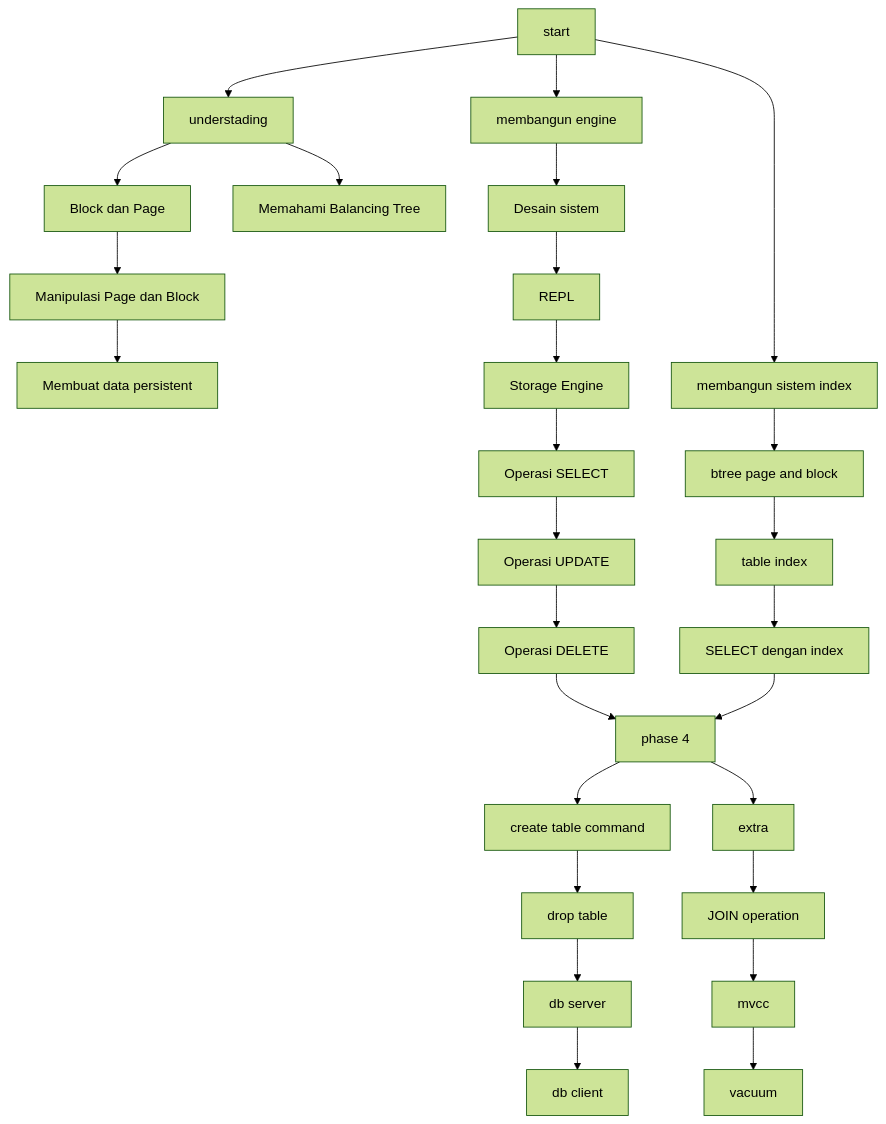
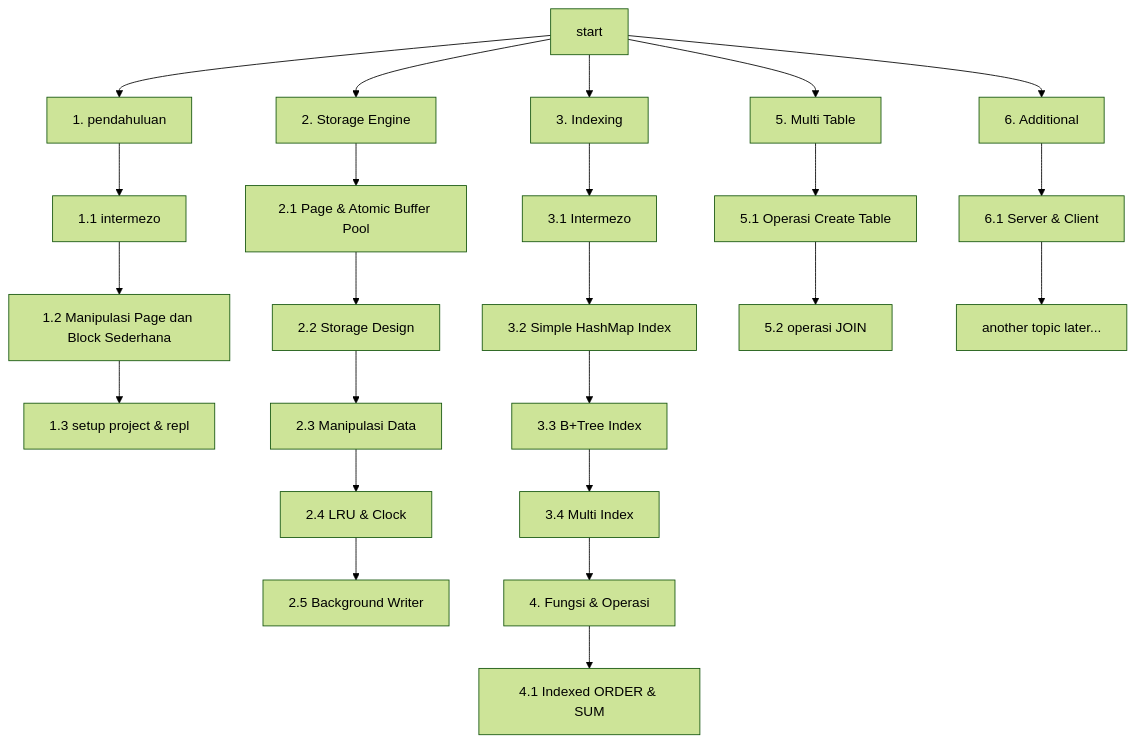
The diagram in series/build-database-engine/intro.md (alfiankan/rebuild-and-learn-blog), drawn with Mermaid (forest theme) before and after one commit. The commit also changed other lines of this file and 4 other files, not shown here.

Commit message:
fix(roadmap-db): restructuring roadmap

````diff
--- a/series/build-database-engine/intro.md
+++ b/series/build-database-engine/intro.md
@@ -22,26 +22,29 @@
 ```mermaid
 
 graph TD
 start[start]
 
-phase1[understading] --> p1a[Block dan Page] --> p1b[Manipulasi Page dan Block] --> p1c[Membuat data persistent]
-phase1[understading] --> p1d[Memahami Balancing Tree]
+p1[1. pendahuluan] --> int[1.1 intermezo] --> p1b[1.2 Manipulasi Page dan Block Sederhana] --> p1c[1.3 setup project & repl]
 
-phase2[membangun engine] --> p2a[Desain sistem] --> p2b[REPL] --> p2c[Storage Engine] --> p2d[Operasi SELECT] --> p2e[Operasi UPDATE] --> p2f[Operasi DELETE]
-
-phase3[membangun sistem index] --> p3a[btree page and block] --> p3b[table index] --> p3c[SELECT dengan index]
-
-phase4[phase 4] --> p4a[create table command] --> p4b[drop table] --> p4c[db server] --> p4d[db client]
-phase5[extra] --> p5c[JOIN operation] --> p5a[mvcc] --> p5b[vacuum]
+phase1[2. Storage Engine] --> p1e1[2.1 Page & Atomic Buffer Pool] --> p1e2[2.2 Storage Design] --> p1e3[2.3 Manipulasi Data] 
 
 
+p1e3 --> p1e5[2.4 LRU & Clock] --> p1e6[2.5 Background Writer]
+
+phase2[3. Indexing] --> p2e1[3.1 Intermezo] --> p2e2[3.2 Simple HashMap Index] --> p2e3[3.3 B+Tree Index] --> p2e4[3.4 Multi Index]
+
+p2e4 --> phase3[4. Fungsi & Operasi] --> p3e1[4.1 Indexed ORDER & SUM]
+
+phase4[5. Multi Table] --> p4e1[5.1 Operasi Create Table] --> p4e2[5.2 operasi JOIN]
+
+additional[6. Additional] --> add1[6.1 Server & Client] --> add2[another topic later...]
+
+start --> p1
 start --> phase1
 start --> phase2
-start --> phase3
+start --> phase4
+start --> additional
 
-p2f --> phase4
-p3c --> phase4
 
-phase4 --> phase5
 
 ```
````
